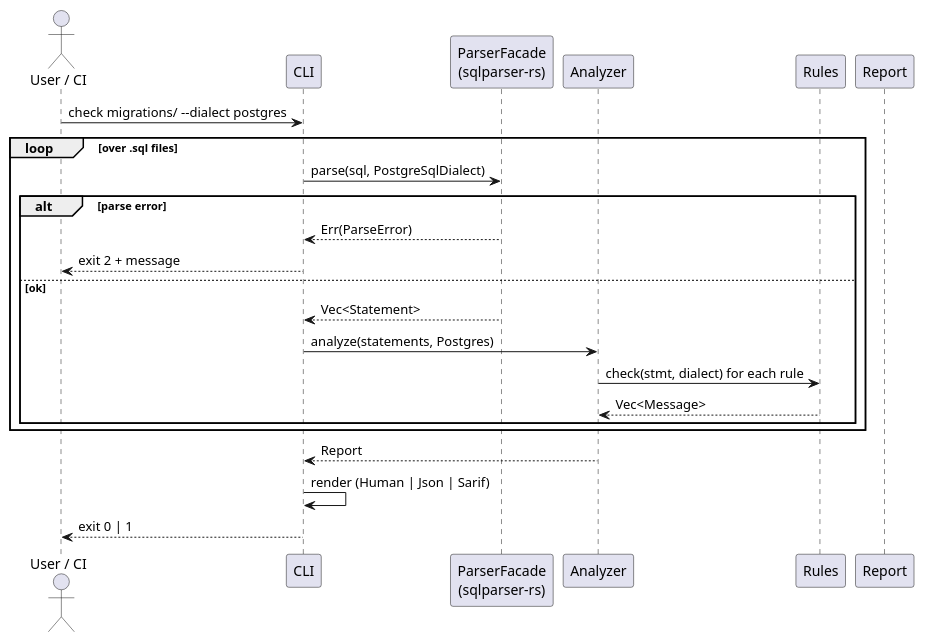
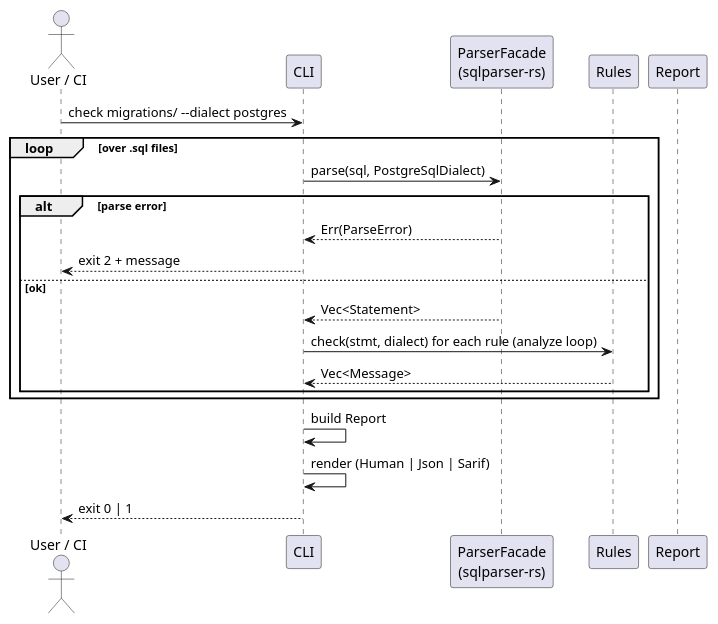
One commit to CLVwp/SastQL changed the diagram in docs/uml/sequence-check.puml. Above: the diagram before and after it, drawn with PlantUML. The commit also changed 17 other files, not shown here.

```diff
--- a/docs/uml/sequence-check.puml
+++ b/docs/uml/sequence-check.puml
@@ -1,25 +1,23 @@
 @startuml sequence-check
 actor "User / CI" as U
 participant "CLI" as CLI
 participant "ParserFacade\n(sqlparser-rs)" as P
-participant "Analyzer" as A
 participant "Rules" as R
 participant "Report" as Rep
 
 U -> CLI : check migrations/ --dialect postgres
 loop over .sql files
   CLI -> P : parse(sql, PostgreSqlDialect)
   alt parse error
     P --> CLI : Err(ParseError)
     CLI --> U : exit 2 + message
   else ok
     P --> CLI : Vec<Statement>
-    CLI -> A : analyze(statements, Postgres)
-    A -> R : check(stmt, dialect) for each rule
-    R --> A : Vec<Message>
+    CLI -> R : check(stmt, dialect) for each rule (analyze loop)
+    R --> CLI : Vec<Message>
   end
 end
-A --> CLI : Report
+CLI -> CLI : build Report
 CLI -> CLI : render (Human | Json | Sarif)
 CLI --> U : exit 0 | 1
 @enduml
```
